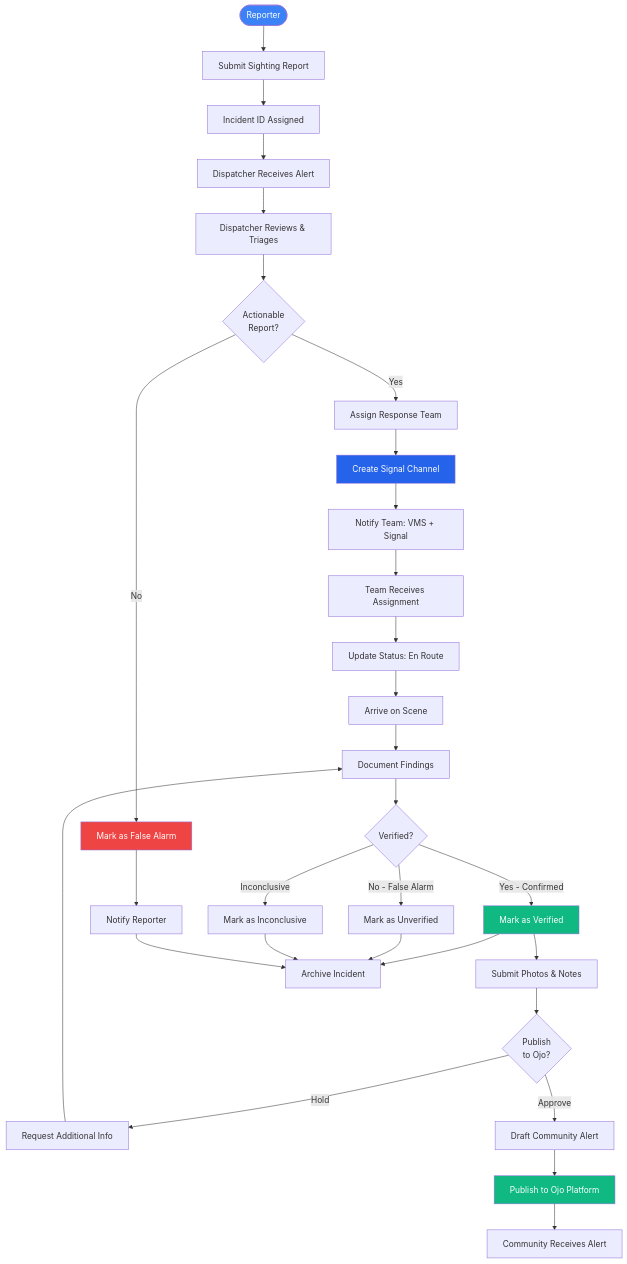
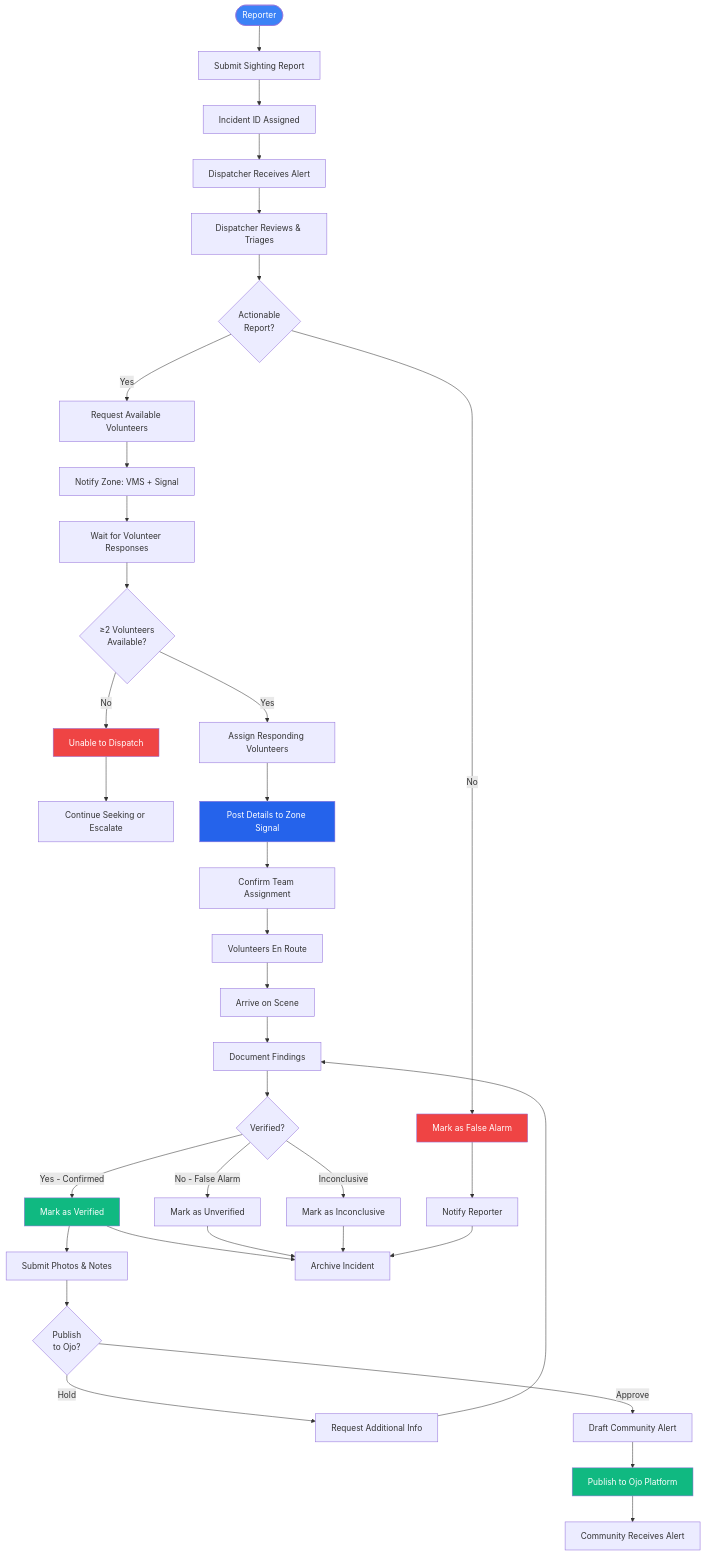
The third of 4 diagrams in Workflow Diagrams.md (soulfshr/VMS), drawn with Mermaid before and after one commit. The commit also changed other lines of this file and 1 other file, not shown here.

First paragraph of the commit message:
Update incident workflow to reflect real-world dispatch process
Key Changes to Incident Management Workflow:

````diff
--- a/Workflow Diagrams.md
+++ b/Workflow Diagrams.md
@@ -133,38 +133,44 @@
 ```mermaid
 flowchart TD
     Start([Reporter]) --> SubmitReport[Submit Sighting Report]
     SubmitReport --> IncidentCreated[Incident ID Assigned]
     IncidentCreated --> DispatchAlert[Dispatcher Receives Alert]
     DispatchAlert --> Triage[Dispatcher Reviews & Triages]
     Triage --> Actionable{Actionable<br/>Report?}
     Actionable -->|No| FalseAlarm[Mark as False Alarm]
     FalseAlarm --> NotifyReporter[Notify Reporter]
-    Actionable -->|Yes| AssignTeam[Assign Response Team]
-    AssignTeam --> CreateSignal[Create Signal Channel]
-    CreateSignal --> NotifyTeam[Notify Team: VMS + Signal]
-    NotifyTeam --> TeamRespond[Team Receives Assignment]
-    TeamRespond --> EnRoute[Update Status: En Route]
+    Actionable -->|Yes| RequestVolunteers[Request Available Volunteers]
+    RequestVolunteers --> NotifyZone[Notify Zone: VMS + Signal]
+    NotifyZone --> WaitResponses[Wait for Volunteer Responses]
+    WaitResponses --> CheckMin{≥2 Volunteers<br/>Available?}
+    CheckMin -->|No| UnableDispatch[Unable to Dispatch]
+    UnableDispatch --> ContinueSeeking[Continue Seeking or Escalate]
+    CheckMin -->|Yes| AssignResponders[Assign Responding Volunteers]
+    AssignResponders --> PostSignal[Post Details to Zone Signal]
+    PostSignal --> ConfirmTeam[Confirm Team Assignment]
+    ConfirmTeam --> EnRoute[Volunteers En Route]
     EnRoute --> OnScene[Arrive on Scene]
     OnScene --> Document[Document Findings]
     Document --> Verify{Verified?}
     Verify -->|No - False Alarm| MarkUnverified[Mark as Unverified]
     Verify -->|Inconclusive| MarkInconc[Mark as Inconclusive]
     Verify -->|Yes - Confirmed| MarkVerified[Mark as Verified]
     MarkVerified --> SubmitEvidence[Submit Photos & Notes]
     SubmitEvidence --> OjoReview{Publish<br/>to Ojo?}
     OjoReview -->|Hold| RequestMoreInfo[Request Additional Info]
     RequestMoreInfo --> Document
     OjoReview -->|Approve| DraftAlert[Draft Community Alert]
     DraftAlert --> Publish[Publish to Ojo Platform]
     Publish --> CommunityAlert[Community Receives Alert]
     MarkVerified --> Archive[Archive Incident]
     MarkUnverified --> Archive
     MarkInconc --> Archive
     NotifyReporter --> Archive
 
     style Start fill:#3b82f6,color:#fff
-    style CreateSignal fill:#2563eb,color:#fff
+    style PostSignal fill:#2563eb,color:#fff
     style MarkVerified fill:#10b981,color:#fff
     style Publish fill:#10b981,color:#fff
     style FalseAlarm fill:#ef4444,color:#fff
+    style UnableDispatch fill:#ef4444,color:#fff
 ```
````
